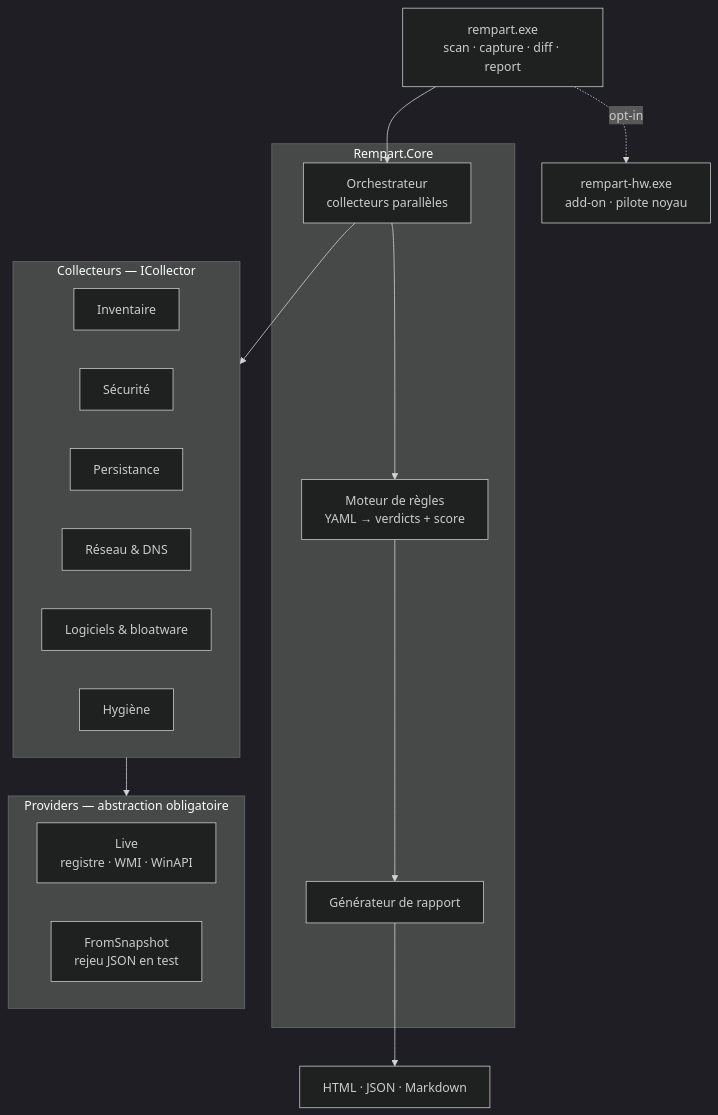
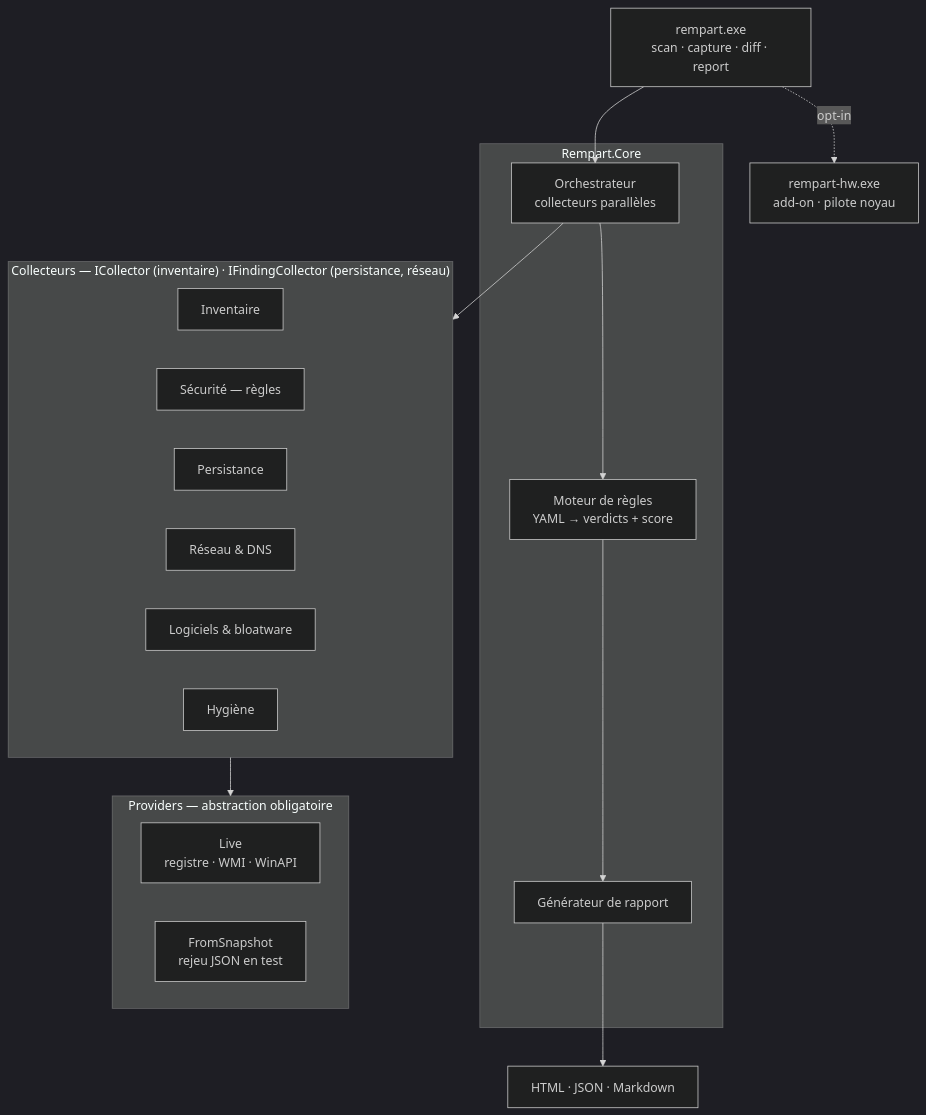
The first of 3 diagrams in docs/ARCHITECTURE.md (naoutix/rempart), drawn with Mermaid (dark theme) before and after one commit. The commit also changed other lines of this file and 2 other files, not shown here.

First line of the commit message:
Revue doc : aligner ARCHITECTURE et ADR-001 sur l'etat post-M4 (#51)

````diff
--- a/docs/ARCHITECTURE.md
+++ b/docs/ARCHITECTURE.md
@@ -7,34 +7,34 @@
 ```mermaid
 flowchart TB
     CLI["rempart.exe<br/>scan · capture · diff · report"]
 
     subgraph CORE["Rempart.Core"]
         ORCH["Orchestrateur<br/>collecteurs parallèles"]
         RULES["Moteur de règles<br/>YAML → verdicts + score"]
         REPORT["Générateur de rapport"]
     end
 
-    subgraph COL["Collecteurs — ICollector"]
+    subgraph COL["Collecteurs — ICollector (inventaire) · IFindingCollector (persistance, réseau)"]
         C1["Inventaire"]
-        C2["Sécurité"]
+        C2["Sécurité — règles"]
         C3["Persistance"]
         C4["Réseau & DNS"]
         C5["Logiciels & bloatware"]
         C6["Hygiène"]
     end
 
     subgraph PROV["Providers — abstraction obligatoire"]
         PLIVE["Live<br/>registre · WMI · WinAPI"]
         PSNAP["FromSnapshot<br/>rejeu JSON en test"]
     end
 
     HW["rempart-hw.exe<br/>add-on · pilote noyau"]
 
     CLI --> ORCH
     ORCH --> COL
     COL --> PROV
     ORCH --> RULES
     RULES --> REPORT
     REPORT --> OUT["HTML · JSON · Markdown"]
     CLI -.opt-in.-> HW
 ```
````
